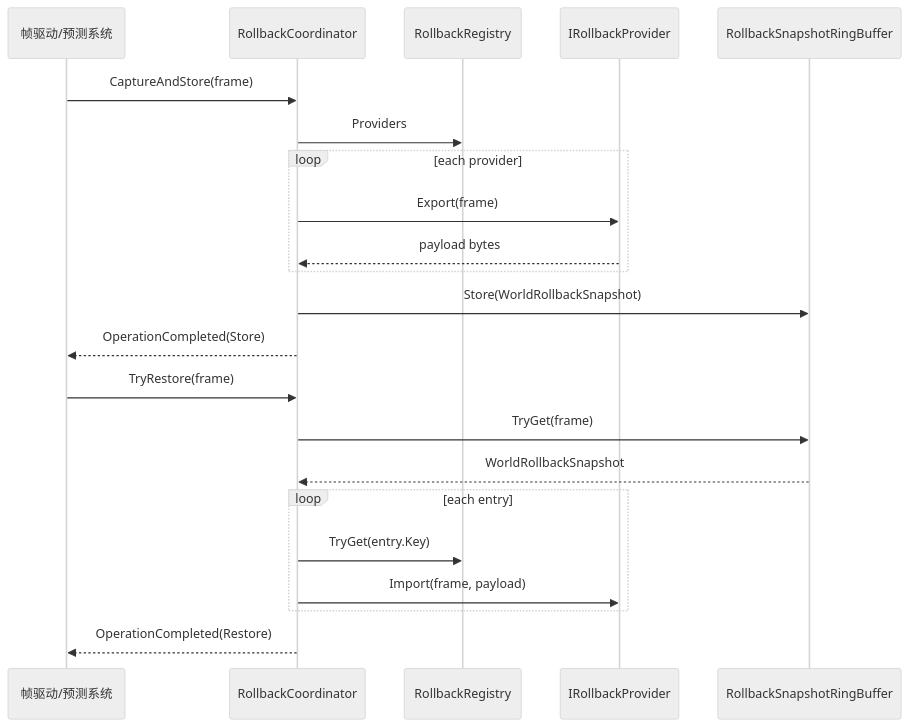
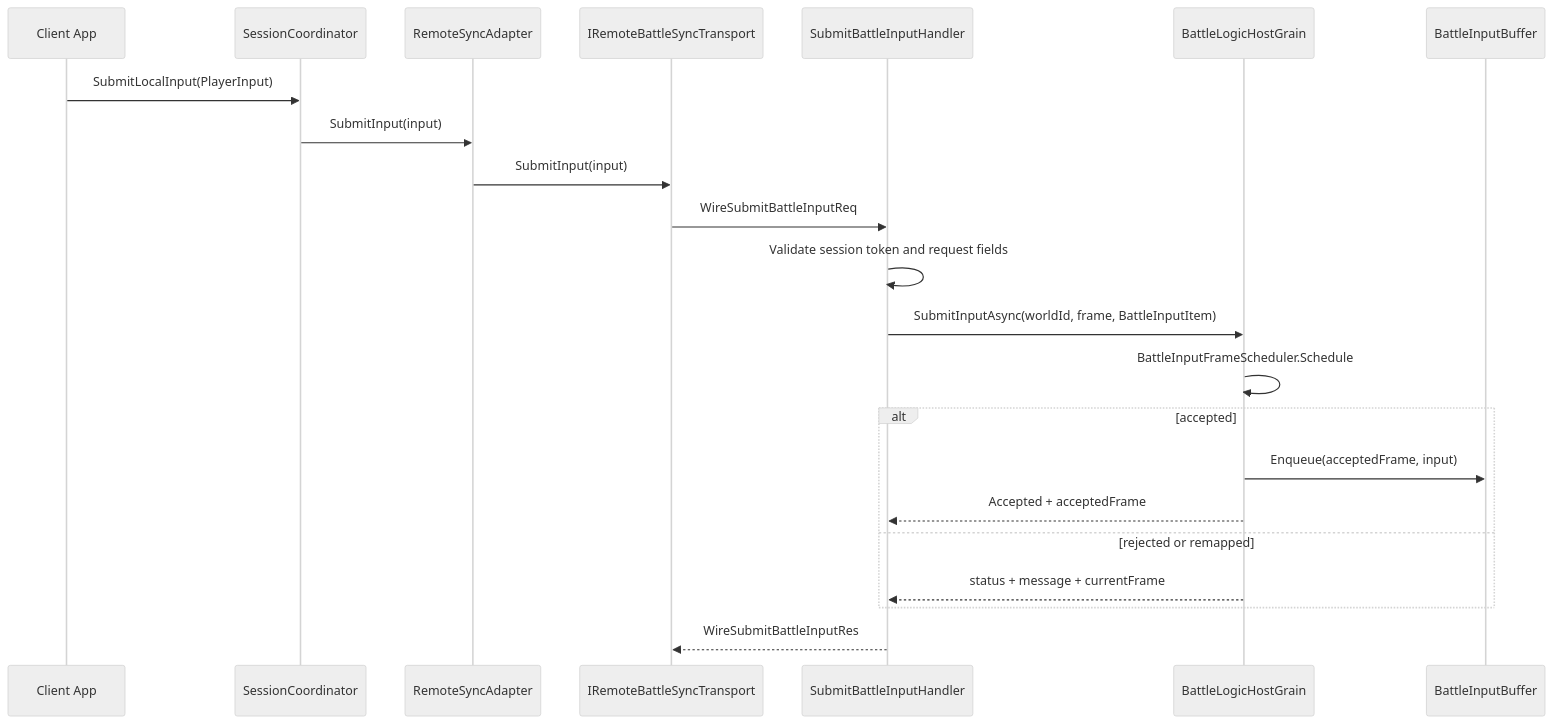
One commit to Kurumioi/AbilityKit changed the sixth of 8 diagrams in Docs/design/07-NetworkSynchronization/00-SynchronizationCapabilityMap.md. Above: the diagram before and after it, drawn with Mermaid (neutral theme). The commit also changed other lines of this file and 389 other files, not shown here.

````diff
--- a/Docs/design/07-NetworkSynchronization/00-SynchronizationCapabilityMap.md
+++ b/Docs/design/07-NetworkSynchronization/00-SynchronizationCapabilityMap.md
@@ -196,26 +308,25 @@
 ```mermaid
 sequenceDiagram
-    participant Driver as 帧驱动/预测系统
-    participant Coordinator as RollbackCoordinator
-    participant Registry as RollbackRegistry
-    participant Provider as IRollbackProvider
-    participant Buffer as RollbackSnapshotRingBuffer
+    participant App as Client App
+    participant Coordinator as SessionCoordinator
+    participant Adapter as RemoteSyncAdapter
+    participant Transport as IRemoteBattleSyncTransport
+    participant Gateway as SubmitBattleInputHandler
+    participant Battle as BattleLogicHostGrain
+    participant Buffer as BattleInputBuffer
 
-    Driver->>Coordinator: CaptureAndStore(frame)
-    Coordinator->>Registry: Providers
-    loop each provider
-        Coordinator->>Provider: Export(frame)
-        Provider-->>Coordinator: payload bytes
+    App->>Coordinator: SubmitLocalInput(PlayerInput)
+    Coordinator->>Adapter: SubmitInput(input)
+    Adapter->>Transport: SubmitInput(input)
+    Transport->>Gateway: WireSubmitBattleInputReq
+    Gateway->>Gateway: Validate session token and request fields
+    Gateway->>Battle: SubmitInputAsync(worldId, frame, BattleInputItem)
+    Battle->>Battle: BattleInputFrameScheduler.Schedule
+    alt accepted
+        Battle->>Buffer: Enqueue(acceptedFrame, input)
+        Battle-->>Gateway: Accepted + acceptedFrame
+    else rejected or remapped
+        Battle-->>Gateway: status + message + currentFrame
     end
-    Coordinator->>Buffer: Store(WorldRollbackSnapshot)
-    Coordinator-->>Driver: OperationCompleted(Store)
-
-    Driver->>Coordinator: TryRestore(frame)
-    Coordinator->>Buffer: TryGet(frame)
-    Buffer-->>Coordinator: WorldRollbackSnapshot
-    loop each entry
-        Coordinator->>Registry: TryGet(entry.Key)
-        Coordinator->>Provider: Import(frame, payload)
-    end
-    Coordinator-->>Driver: OperationCompleted(Restore)
+    Gateway-->>Transport: WireSubmitBattleInputRes
 ```
````
